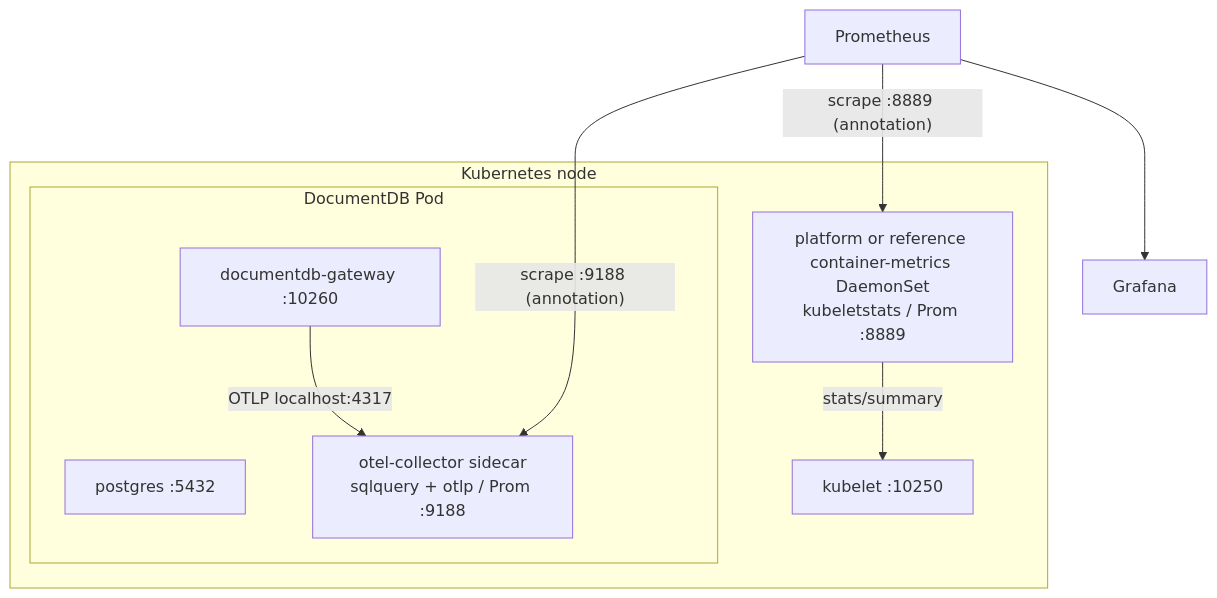
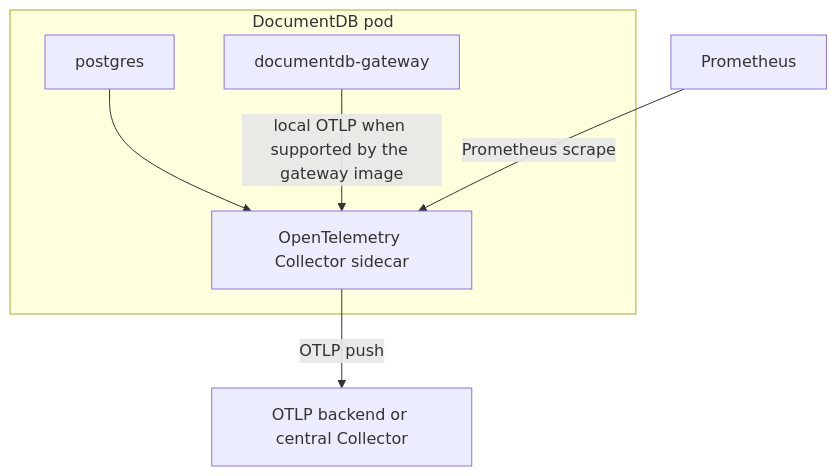
One commit to documentdb/documentdb-kubernetes-operator changed the diagram in docs/operator-public-documentation/preview/monitoring/overview.md. Above: the diagram before and after it, drawn with Mermaid. The commit also changed other lines of this file and 1 other file, not shown here.

````diff
--- a/docs/operator-public-documentation/preview/monitoring/overview.md
+++ b/docs/operator-public-documentation/preview/monitoring/overview.md
@@ -29,20 +31,16 @@
 ```mermaid
 graph TB
-    subgraph node["Kubernetes node"]
-        subgraph pod["DocumentDB Pod"]
-            pg["postgres :5432"]
-            gw["documentdb-gateway :10260"]
-            otel["otel-collector sidecar<br/>sqlquery + otlp / Prom :9188"]
-        end
-        kubelet["kubelet :10250"]
-        ds["platform or reference container-metrics DaemonSet<br/>kubeletstats / Prom :8889"]
-        gw -- "OTLP localhost:4317" --> otel
-        ds -- "stats/summary" --> kubelet
+    subgraph pod["DocumentDB pod"]
+        pg["postgres"]
+        gateway["documentdb-gateway"]
+        sidecar["OpenTelemetry Collector sidecar"]
+        pg --> sidecar
+        gateway -- "local OTLP when supported by the gateway image" --> sidecar
     end
 
-    prom["Prometheus"]
-    grafana["Grafana"]
-    prom -- "scrape :9188 (annotation)" --> otel
-    prom -- "scrape :8889 (annotation)" --> ds
-    prom --> grafana
+    otlp["OTLP backend or central Collector"]
+    prometheus["Prometheus"]
+
+    sidecar -- "OTLP push" --> otlp
+    prometheus -- "Prometheus scrape" --> sidecar
 ```
````
